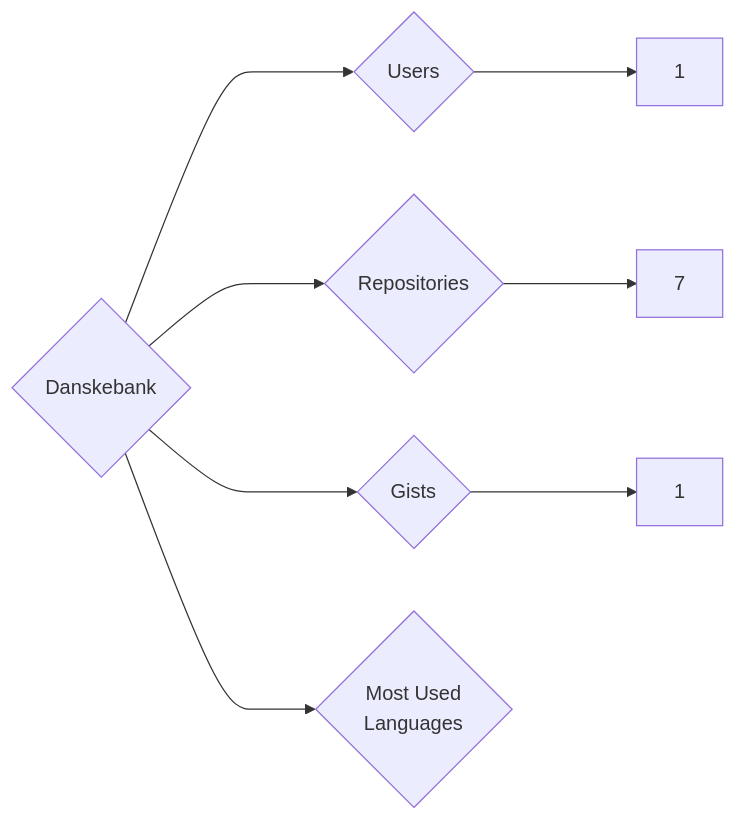
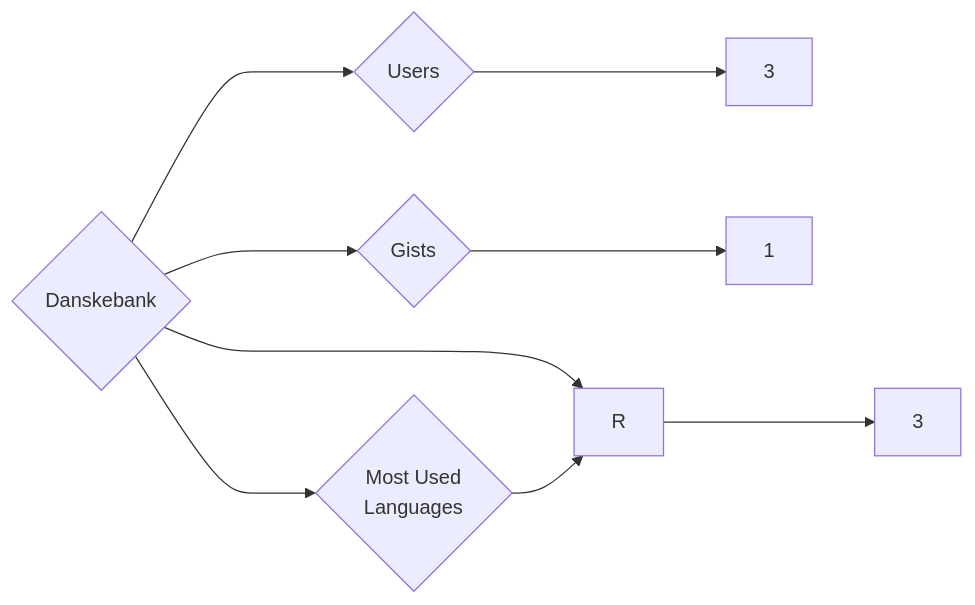
The diagram in targets/Danskebank/README.md (trickest/insiders), drawn with Mermaid before and after one commit. The commit also changed 1055 other files, not shown here.

````diff
--- a/targets/Danskebank/README.md
+++ b/targets/Danskebank/README.md
@@ -3,8 +3,9 @@
 ```mermaid
 graph LR
 COMPANY_NAME{Danskebank}
-COMPANY_NAME ---> U{Users} ---> UN[1]
-COMPANY_NAME ---> R{Repositories} ---> RN[7]
+COMPANY_NAME ---> U{Users} ---> UN[3]
+COMPANY_NAME ---> R{Repositories} ---> RN[3]
 COMPANY_NAME ---> G{Gists} ---> GN[1]
 COMPANY_NAME ---> ML{Most Used<br>Languages}
+ML --> R[R]
 ```
````
